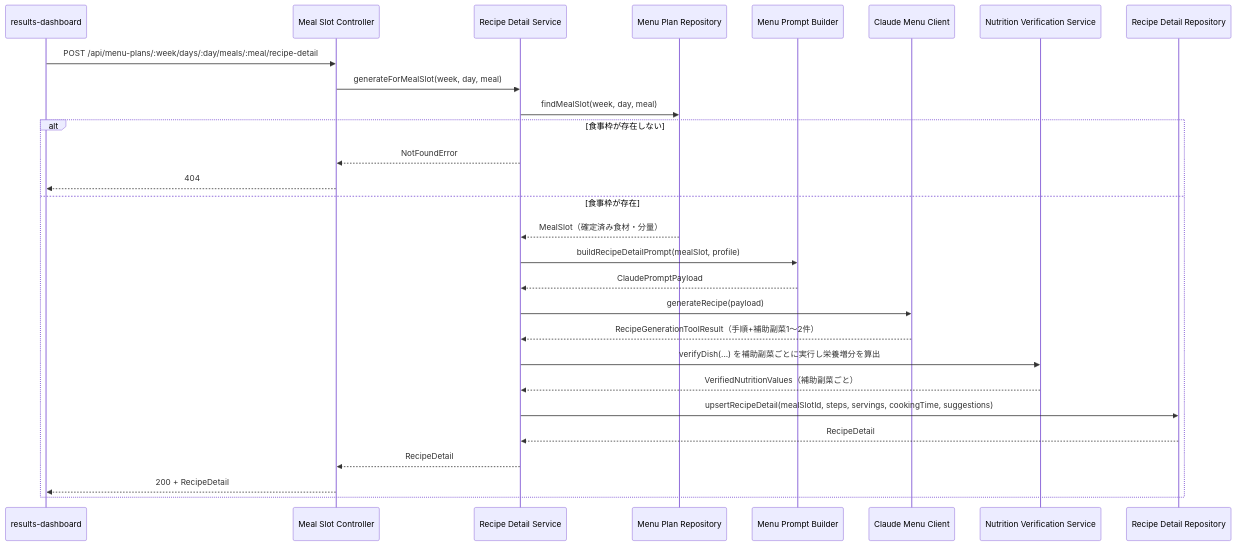
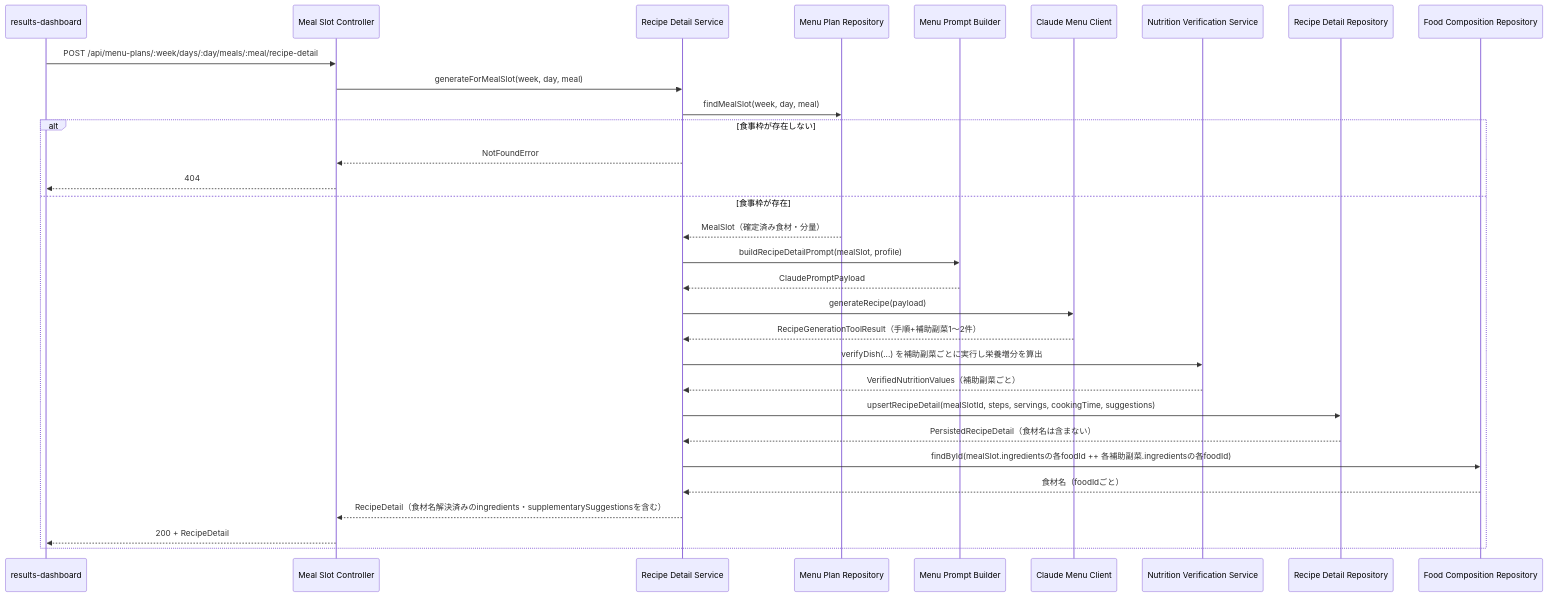
One commit to shunsuke1210/Nutrition-Management-System changed the fourth of 7 diagrams in .kiro/specs/menu-generation/design.md. Above: the diagram before and after it, drawn with Mermaid. The commit also changed other lines of this file and 4 other files, not shown here.

First line of the commit message:
docs(menu-generation): amend spec to resolve ingredient names for recipe detail

````diff
--- a/.kiro/specs/menu-generation/design.md
+++ b/.kiro/specs/menu-generation/design.md
@@ -324,31 +326,34 @@
 ```mermaid
 sequenceDiagram
     participant UI as results-dashboard
     participant Ctrl as Meal Slot Controller
     participant Svc as Recipe Detail Service
     participant Repo as Menu Plan Repository
     participant Prompt as Menu Prompt Builder
     participant Claude as Claude Menu Client
     participant Verify as Nutrition Verification Service
     participant RRepo as Recipe Detail Repository
+    participant Food as Food Composition Repository
 
     UI->>Ctrl: POST /api/menu-plans/:week/days/:day/meals/:meal/recipe-detail
     Ctrl->>Svc: generateForMealSlot(week, day, meal)
     Svc->>Repo: findMealSlot(week, day, meal)
     alt 食事枠が存在しない
         Svc-->>Ctrl: NotFoundError
         Ctrl-->>UI: 404
     else 食事枠が存在
         Repo-->>Svc: MealSlot（確定済み食材・分量）
         Svc->>Prompt: buildRecipeDetailPrompt(mealSlot, profile)
         Prompt-->>Svc: ClaudePromptPayload
         Svc->>Claude: generateRecipe(payload)
         Claude-->>Svc: RecipeGenerationToolResult（手順+補助副菜1〜2件）
         Svc->>Verify: verifyDish(...) を補助副菜ごとに実行し栄養増分を算出
         Verify-->>Svc: VerifiedNutritionValues（補助副菜ごと）
         Svc->>RRepo: upsertRecipeDetail(mealSlotId, steps, servings, cookingTime, suggestions)
-        RRepo-->>Svc: RecipeDetail
-        Svc-->>Ctrl: RecipeDetail
+        RRepo-->>Svc: PersistedRecipeDetail（食材名は含まない）
+        Svc->>Food: findById(mealSlot.ingredientsの各foodId ++ 各補助副菜.ingredientsの各foodId)
+        Food-->>Svc: 食材名（foodIdごと）
+        Svc-->>Ctrl: RecipeDetail（食材名解決済みのingredients・supplementarySuggestionsを含む）
         Ctrl-->>UI: 200 + RecipeDetail
     end
 ```
````
